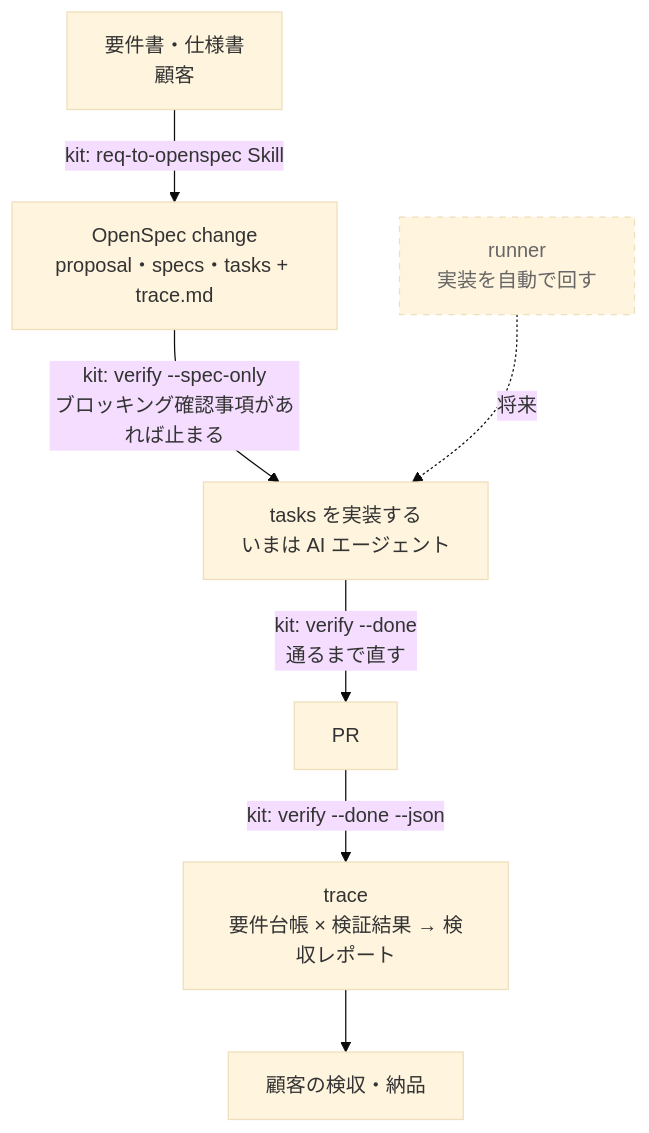
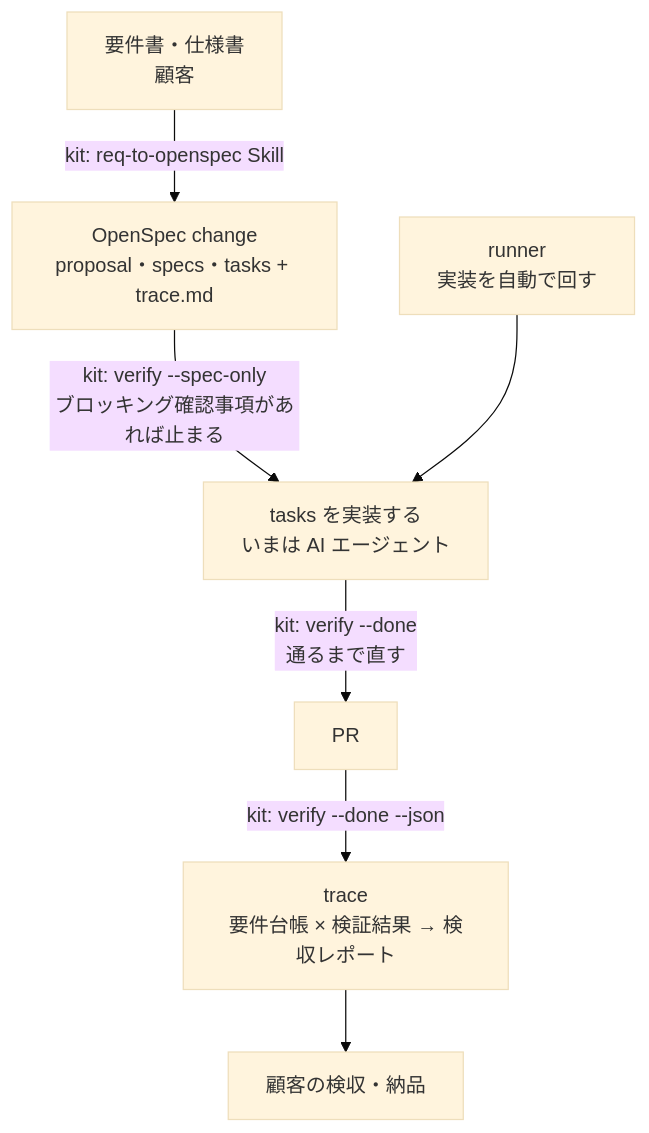
One commit to loomake/loomake changed the first of 2 diagrams in docs/architecture.md. Above: the diagram before and after it, drawn with Mermaid (base theme). The commit also changed other lines of this file and 8 other files, not shown here.

````diff
--- a/docs/architecture.md
+++ b/docs/architecture.md
@@ -21,12 +21,10 @@
 ```mermaid
 flowchart TD
   R[要件書・仕様書<br>顧客] -->|kit: req-to-openspec Skill| C[OpenSpec change<br>proposal・specs・tasks + trace.md]
   C -->|"kit: verify --spec-only<br>ブロッキング確認事項があれば止まる"| I[tasks を実装する<br>いまは AI エージェント]
   I -->|"kit: verify --done<br>通るまで直す"| P[PR]
   P -->|"kit: verify --done --json"| T[trace<br>要件台帳 × 検証結果 → 検収レポート]
   T --> A[顧客の検収・納品]
-  RN[runner<br>実装を自動で回す] -.将来.-> I
+  RN[runner<br>実装を自動で回す] --> I
 
-  classDef future stroke-dasharray:5 5,color:#666
-  class RN future
 ```
````
